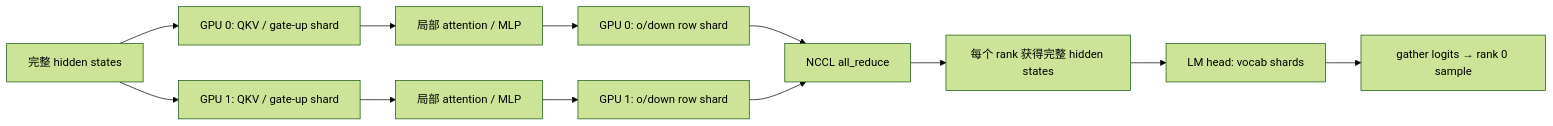
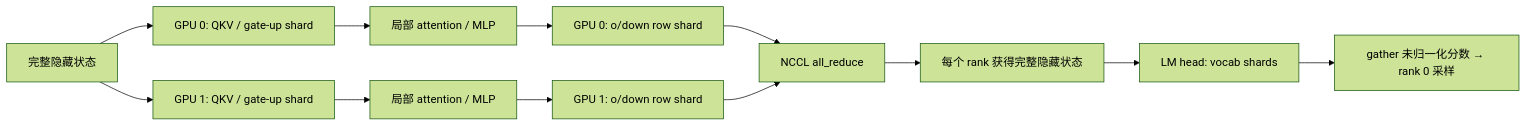
One commit to cyberspacelee/llms-from-scratch changed the second of 2 diagrams in site/src/content/lessons/systems/engine-execution.mdx. Above: the diagram before and after it, drawn with Mermaid (forest theme). The commit also changed other lines of this file and 21 other files, not shown here.

````diff
--- a/site/src/content/lessons/systems/engine-execution.mdx
+++ b/site/src/content/lessons/systems/engine-execution.mdx
@@ -75,14 +79,14 @@
 ```mermaid
 flowchart LR
-    X[完整 hidden states] --> C0[GPU 0: QKV / gate-up shard]
+    X[完整隐藏状态] --> C0[GPU 0: QKV / gate-up shard]
     X --> C1[GPU 1: QKV / gate-up shard]
     C0 --> L0[局部 attention / MLP]
     C1 --> L1[局部 attention / MLP]
     L0 --> R0[GPU 0: o/down row shard]
     L1 --> R1[GPU 1: o/down row shard]
     R0 --> A[NCCL all_reduce]
     R1 --> A
-    A --> Y[每个 rank 获得完整 hidden states]
+    A --> Y[每个 rank 获得完整隐藏状态]
     Y --> V[LM head: vocab shards]
-    V --> G[gather logits → rank 0 sample]
+    V --> G[gather 未归一化分数 → rank 0 采样]
 ```
````
